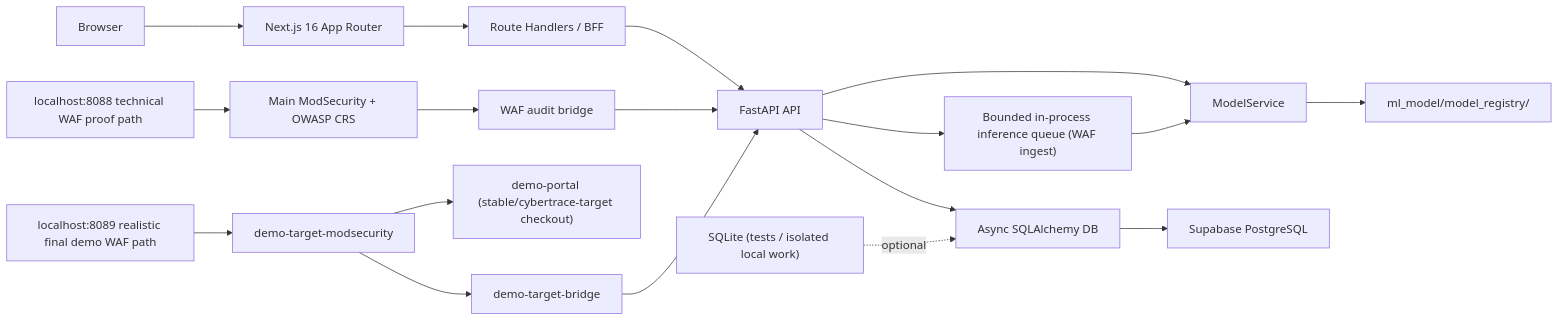
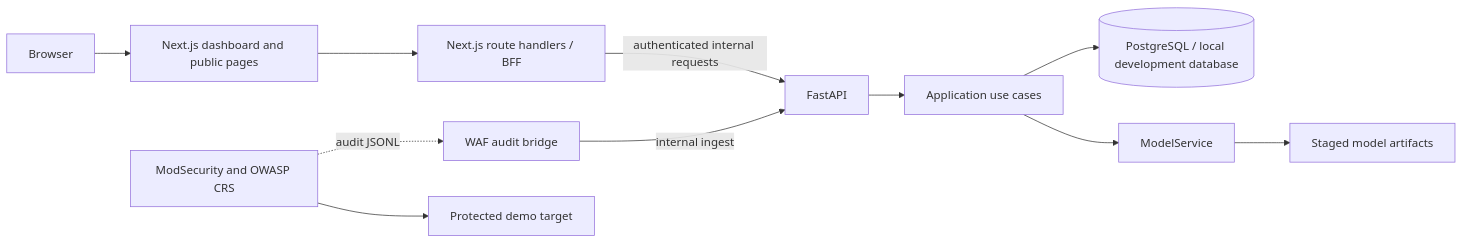
One commit to PooKYZZZ/injection-alert-system changed the diagram in docs/architecture.md. Above: the diagram before and after it, drawn with Mermaid. The commit also changed other lines of this file and 15 other files, not shown here.

````diff
--- a/docs/architecture.md
+++ b/docs/architecture.md
@@ -9,21 +12,13 @@
 ```mermaid
 flowchart LR
-    Browser["Browser"] --> Next["Next.js 16 App Router"]
-    Next --> BFF["Route Handlers / BFF"]
-    BFF --> FastAPI["FastAPI API"]
-    FastAPI --> Model["ModelService"]
-    FastAPI --> Queue["Bounded in-process inference queue (WAF ingest)"]
-    Queue --> Model
-    FastAPI --> DB["Async SQLAlchemy DB"]
-    Model --> Registry["ml_model/model_registry/"]
-    DB --> Supabase["Supabase PostgreSQL"]
-
-    SQLite["SQLite (tests / isolated local work)"] -. optional .-> DB
-    WAFProof["localhost:8088 technical WAF proof path"] --> ModSec["Main ModSecurity + OWASP CRS"]
-    ModSec --> Bridge["WAF audit bridge"]
-    Bridge --> FastAPI
-    DemoWAF["localhost:8089 realistic final demo WAF path"] --> DemoModSec["demo-target-modsecurity"]
-    DemoModSec --> DemoTarget["demo-portal (stable/cybertrace-target checkout)"]
-    DemoModSec --> DemoBridge["demo-target-bridge"]
-    DemoBridge --> FastAPI
+    User[Browser] --> Web[Next.js dashboard and public pages]
+    Web --> BFF[Next.js route handlers / BFF]
+    BFF -->|authenticated internal requests| API[FastAPI]
+    API --> App[Application use cases]
+    App --> Data[(PostgreSQL / local development database)]
+    App --> Model[ModelService]
+    Model --> Artifacts[Staged model artifacts]
+    WAF[ModSecurity and OWASP CRS] -. audit JSONL .-> Bridge[WAF audit bridge]
+    Bridge -->|internal ingest| API
+    WAF --> Protected[Protected demo target]
 ```
````
